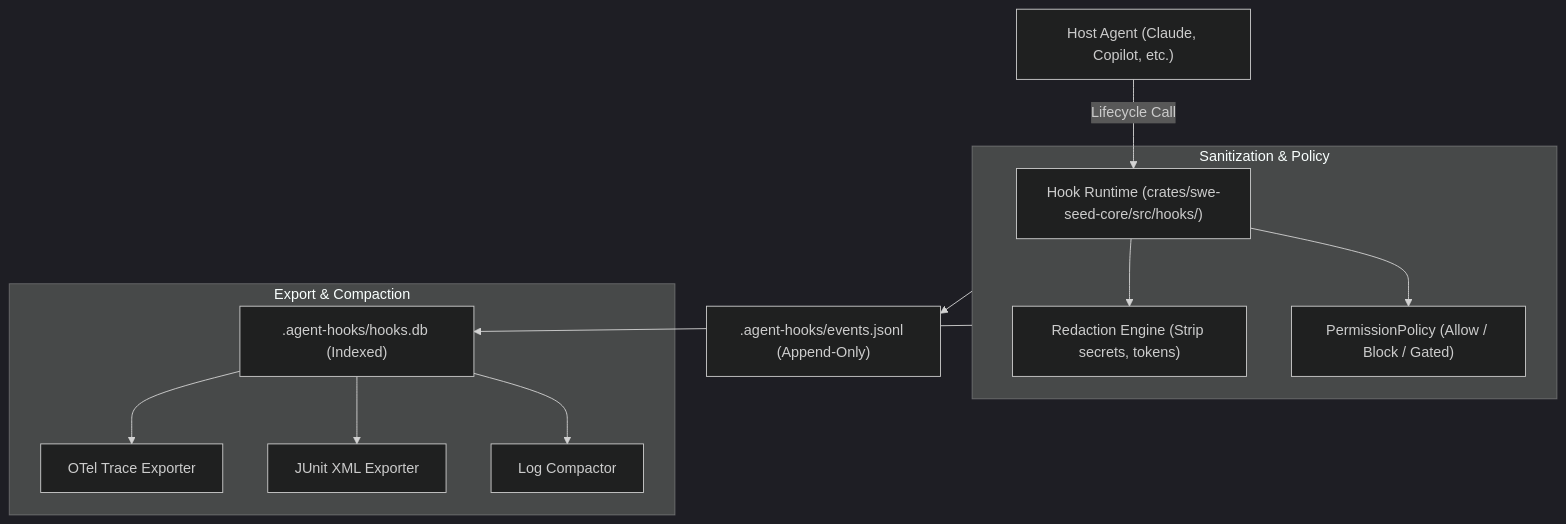
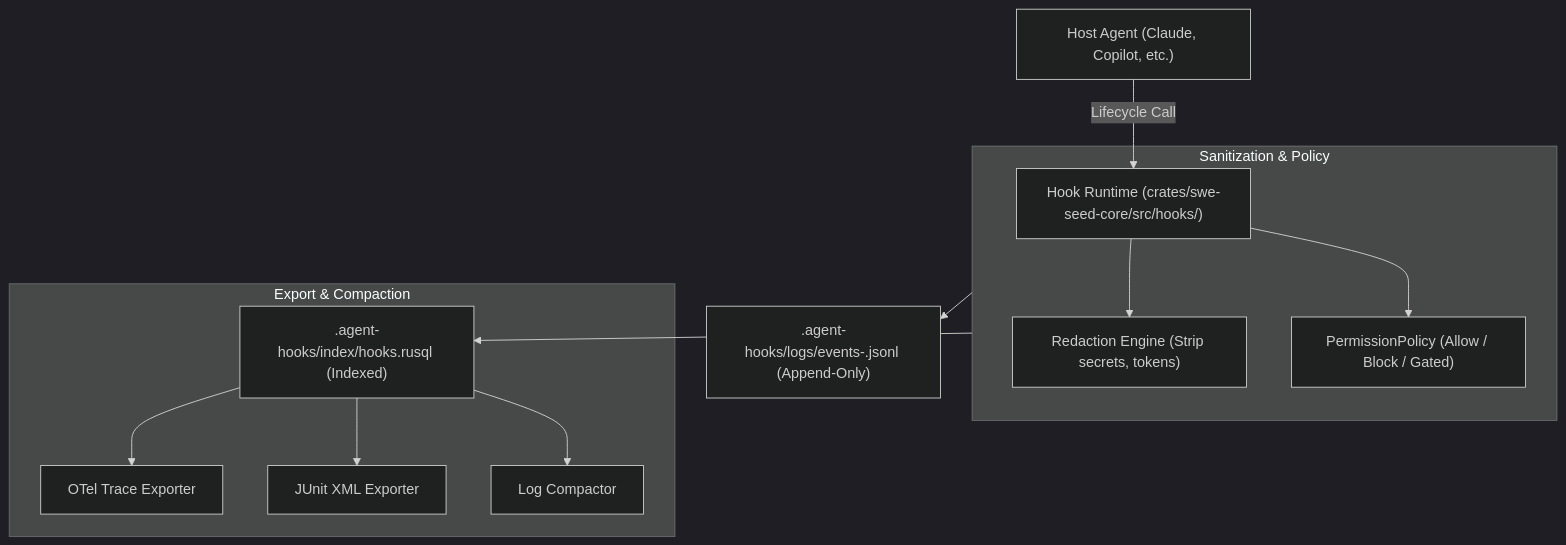
One commit to GodSpeedAI/swe_seed changed the first of 2 diagrams in docs/subsystems/hook-runtime.md. Above: the diagram before and after it, drawn with Mermaid (dark theme). The commit also changed other lines of this file and 29 other files, not shown here.

````diff
--- a/docs/subsystems/hook-runtime.md
+++ b/docs/subsystems/hook-runtime.md
@@ -33,18 +33,18 @@
 ```mermaid
 graph TD
     Agent["Host Agent (Claude, Copilot, etc.)"] -->|Lifecycle Call| HookRuntime["Hook Runtime (crates/swe-seed-core/src/hooks/)"]
 
     subgraph Sanitization["Sanitization & Policy"]
         HookRuntime --> Redactor["Redaction Engine (Strip secrets, tokens)"]
         HookRuntime --> Policy["PermissionPolicy (Allow / Block / Gated)"]
     end
 
-    Sanitization --> JSONL[".agent-hooks/events.jsonl (Append-Only)"]
-    Sanitization --> SQLite[".agent-hooks/hooks.db (Indexed)"]
+    Sanitization --> JSONL[".agent-hooks/logs/events-<date>.jsonl (Append-Only)"]
+    Sanitization --> SQLite[".agent-hooks/index/hooks.rusql (Indexed)"]
 
     subgraph ExportPlane["Export & Compaction"]
         SQLite --> OTel["OTel Trace Exporter"]
         SQLite --> JUnit["JUnit XML Exporter"]
         SQLite --> Compactor["Log Compactor"]
     end
 ```
````
